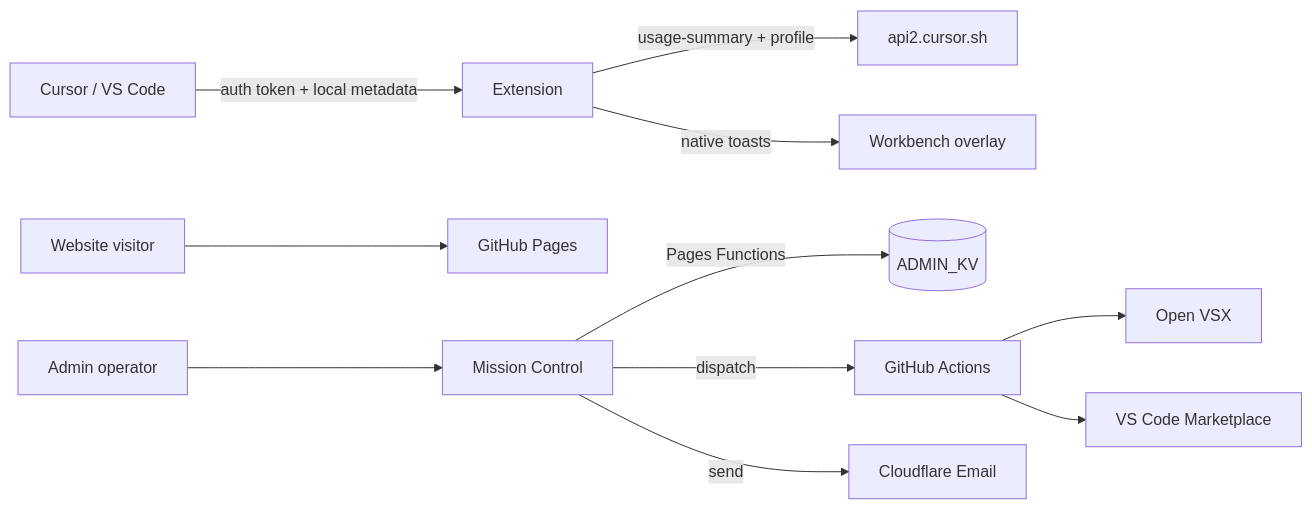
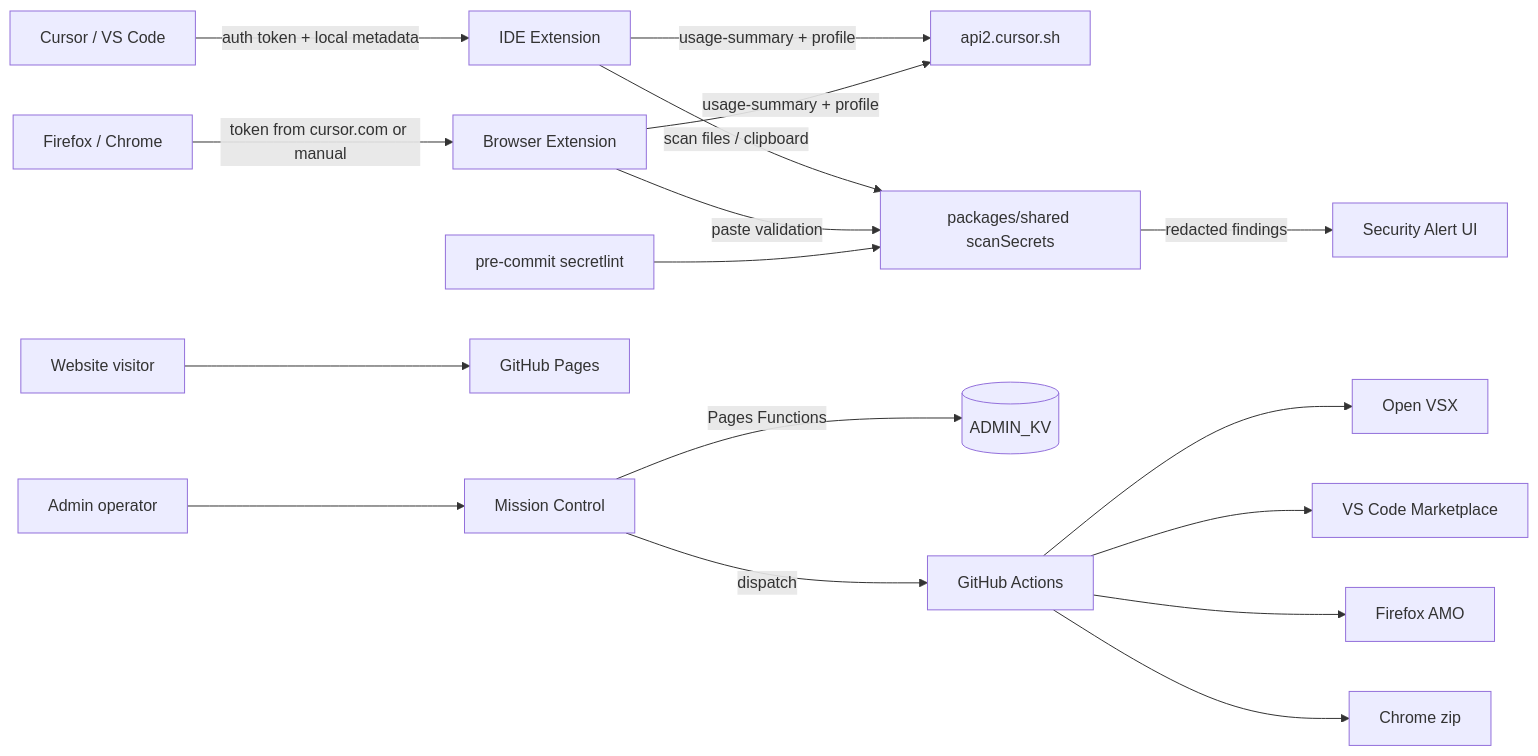
Before and after one commit to Maijied/Cursor-Curse-Monitor-by-Lorapok: the diagram in docs/wiki/Architecture.md, drawn with Mermaid. The commit also changed other lines of this file and 70 other files, not shown here.

First line of the commit message:
Add browser extension, security scanner, and repo secret scanning.

````diff
--- a/docs/wiki/Architecture.md
+++ b/docs/wiki/Architecture.md
@@ -16,13 +18,19 @@
 ```mermaid
 flowchart LR
-  IDE[Cursor / VS Code] -->|auth token + local metadata| EXT[Extension]
+  IDE[Cursor / VS Code] -->|auth token + local metadata| EXT[IDE Extension]
   EXT -->|usage-summary + profile| API[api2.cursor.sh]
-  EXT -->|native toasts| Toast[Workbench overlay]
+  EXT -->|scan files / clipboard| SCAN[packages/shared scanSecrets]
+  Browser[Firefox / Chrome] -->|token from cursor.com or manual| BEXT[Browser Extension]
+  BEXT -->|usage-summary + profile| API
+  BEXT -->|paste validation| SCAN
+  SCAN -->|redacted findings| ALERT[Security Alert UI]
+  GitHook[pre-commit secretlint] --> SCAN
   Visitor[Website visitor] --> SITE[GitHub Pages]
   Admin[Admin operator] --> MC[Mission Control]
   MC -->|Pages Functions| KV[(ADMIN_KV)]
   MC -->|dispatch| GHA[GitHub Actions]
   GHA --> OVSX[Open VSX]
   GHA --> VSM[VS Code Marketplace]
-  MC -->|send| MAIL[Cloudflare Email]
+  GHA --> AMO[Firefox AMO]
+  GHA --> CHROME[Chrome zip]
 ```
````
